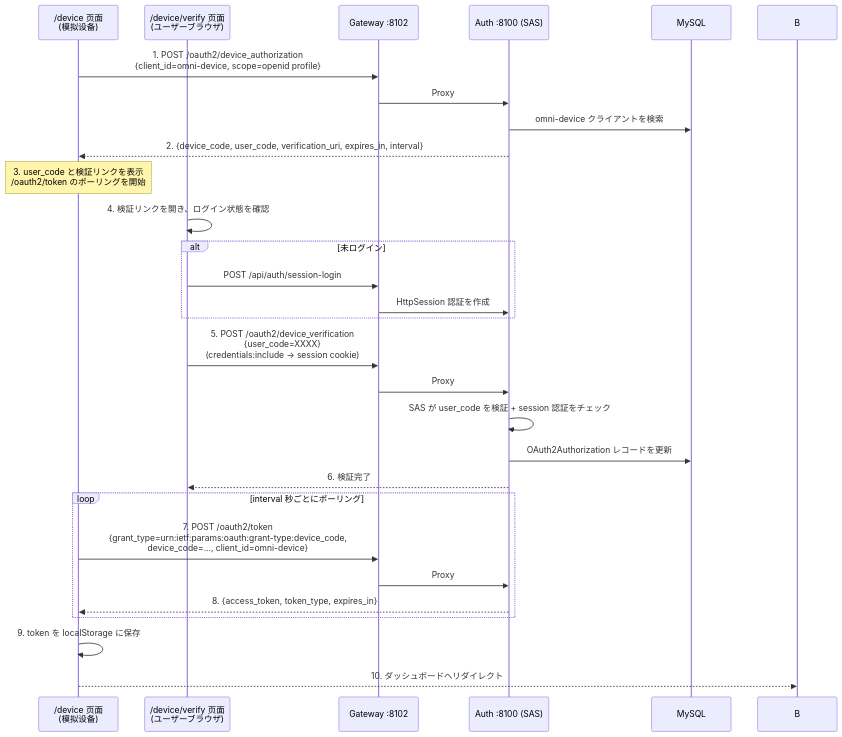
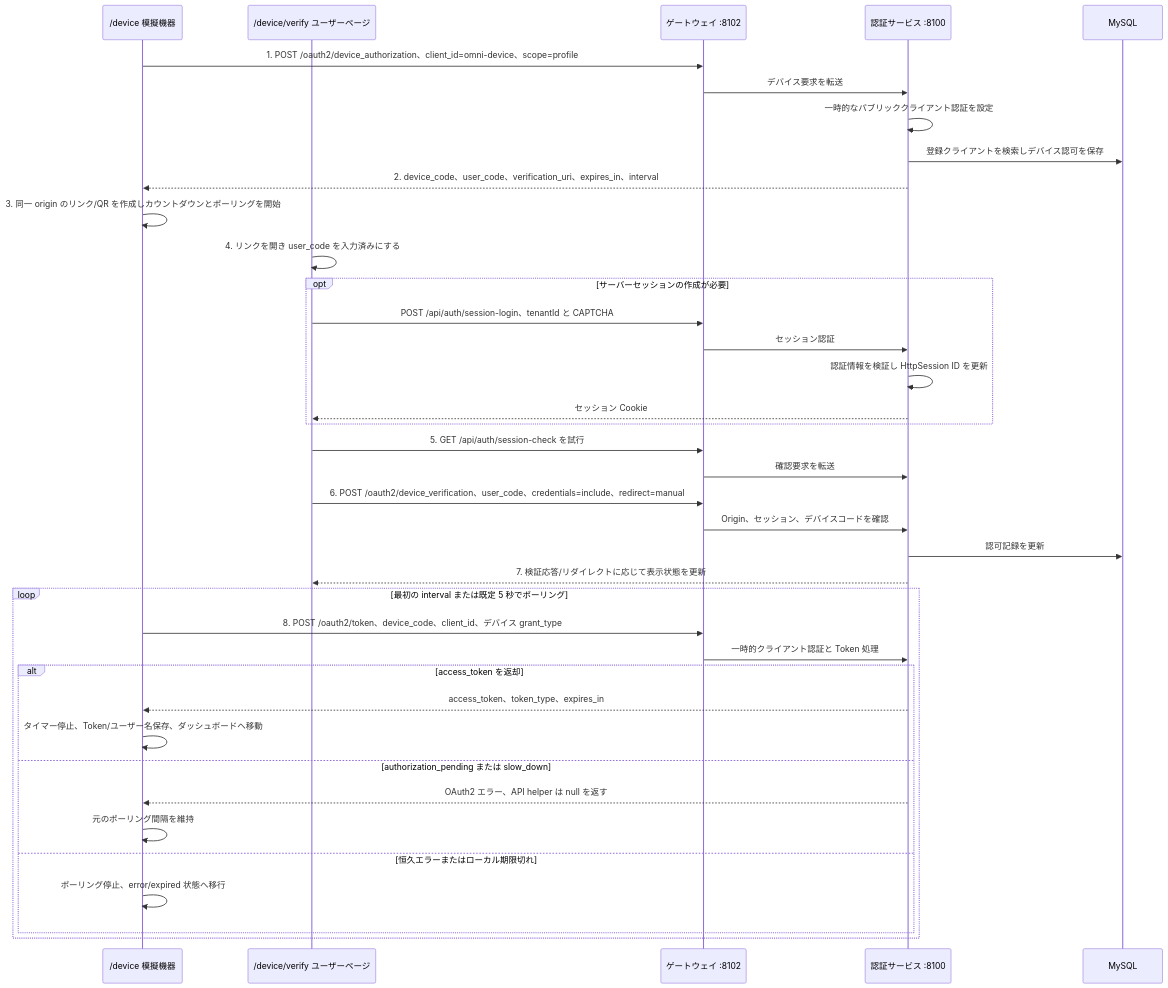
Before and after one commit to wang-baohai/Omni-Stack: the third of 21 diagrams in docs/core-flows.jp.md, drawn with Mermaid. The commit also changed other lines of this file and 1095 other files, not shown here.

````diff
--- a/docs/core-flows.jp.md
+++ b/docs/core-flows.jp.md
@@ -347,36 +253,41 @@
 ```mermaid
 sequenceDiagram
-    participant D as /device 页面<br/>(模拟设备)
-    participant V as /device/verify 页面<br/>(ユーザーブラウザ)
-    participant G as Gateway :8102
-    participant A as Auth :8100 (SAS)
+    participant D as /device 模擬機器
+    participant V as /device/verify ユーザーページ
+    participant G as ゲートウェイ :8102
+    participant A as 認証サービス :8100
     participant M as MySQL
 
-    D->>G: 1. POST /oauth2/device_authorization<br/>{client_id=omni-device, scope=openid profile}
-    G->>A: Proxy
-    A->>M: omni-device クライアントを検索
-    A-->>D: 2. {device_code, user_code, verification_uri, expires_in, interval}
-
-    Note over D: 3. user_code と検証リンクを表示<br/>/oauth2/token のポーリングを開始
-
-    V->>V: 4. 検証リンクを開き、ログイン状態を確認
-    alt 未ログイン
-        V->>G: POST /api/auth/session-login
-        G->>A: HttpSession 認証を作成
+    D->>G: 1. POST /oauth2/device_authorization、client_id=omni-device、scope=profile
+    G->>A: デバイス要求を転送
+    A->>A: 一時的なパブリッククライアント認証を設定
+    A->>M: 登録クライアントを検索しデバイス認可を保存
+    A-->>D: 2. device_code、user_code、verification_uri、expires_in、interval
+    D->>D: 3. 同一 origin のリンク/QR を作成しカウントダウンとポーリングを開始
+    V->>V: 4. リンクを開き user_code を入力済みにする
+    opt サーバーセッションの作成が必要
+    V->>G: POST /api/auth/session-login、tenantId と CAPTCHA
+    G->>A: セッション認証
+    A->>A: 認証情報を検証し HttpSession ID を更新
+    A-->>V: セッション Cookie
     end
-
-    V->>G: 5. POST /oauth2/device_verification<br/>{user_code=XXXX}<br/>(credentials:include → session cookie)
-    G->>A: Proxy
-    A->>A: SAS が user_code を検証 + session 認証をチェック
-    A->>M: OAuth2Authorization レコードを更新
-    A-->>V: 6. 検証完了
-
-    loop interval 秒ごとにポーリング
-        D->>G: 7. POST /oauth2/token<br/>{grant_type=urn:ietf:params:oauth:grant-type:device_code,<br/>device_code=..., client_id=omni-device}
-        G->>A: Proxy
-        A-->>D: 8. {access_token, token_type, expires_in}
+    V->>G: 5. GET /api/auth/session-check を試行
+    G->>A: 確認要求を転送
+    V->>G: 6. POST /oauth2/device_verification、user_code、credentials=include、redirect=manual
+    G->>A: Origin、セッション、デバイスコードを確認
+    A->>M: 認可記録を更新
+    A-->>V: 7. 検証応答/リダイレクトに応じて表示状態を更新
+    loop 最初の interval または既定 5 秒でポーリング
+    D->>G: 8. POST /oauth2/token、device_code、client_id、デバイス grant_type
+    G->>A: 一時的クライアント認証と Token 処理
+    alt access_token を返却
+    A-->>D: access_token、token_type、expires_in
+    D->>D: タイマー停止、Token/ユーザー名保存、ダッシュボードへ移動
+    else authorization_pending または slow_down
+    A-->>D: OAuth2 エラー、API helper は null を返す
+    D->>D: 元のポーリング間隔を維持
+    else 恒久エラーまたはローカル期限切れ
+    D->>D: ポーリング停止、error/expired 状態へ移行
     end
-
-    D->>D: 9. token を localStorage に保存
-    D-->>B: 10. ダッシュボードへリダイレクト
+    end
 ```
````
